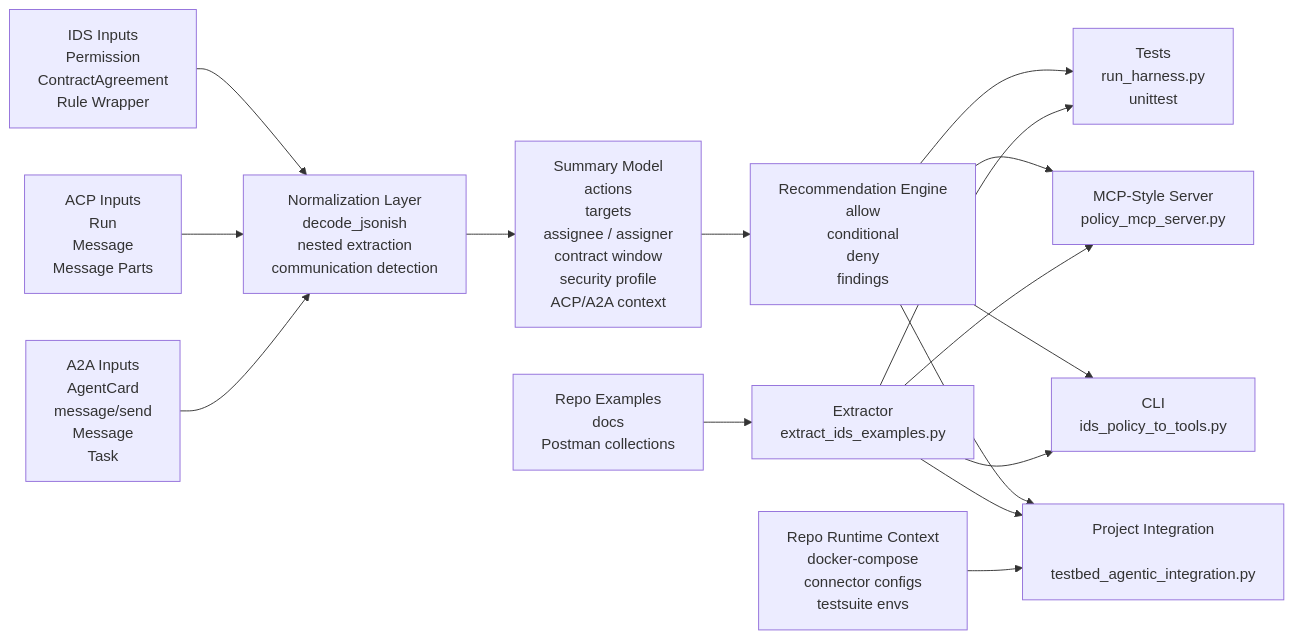
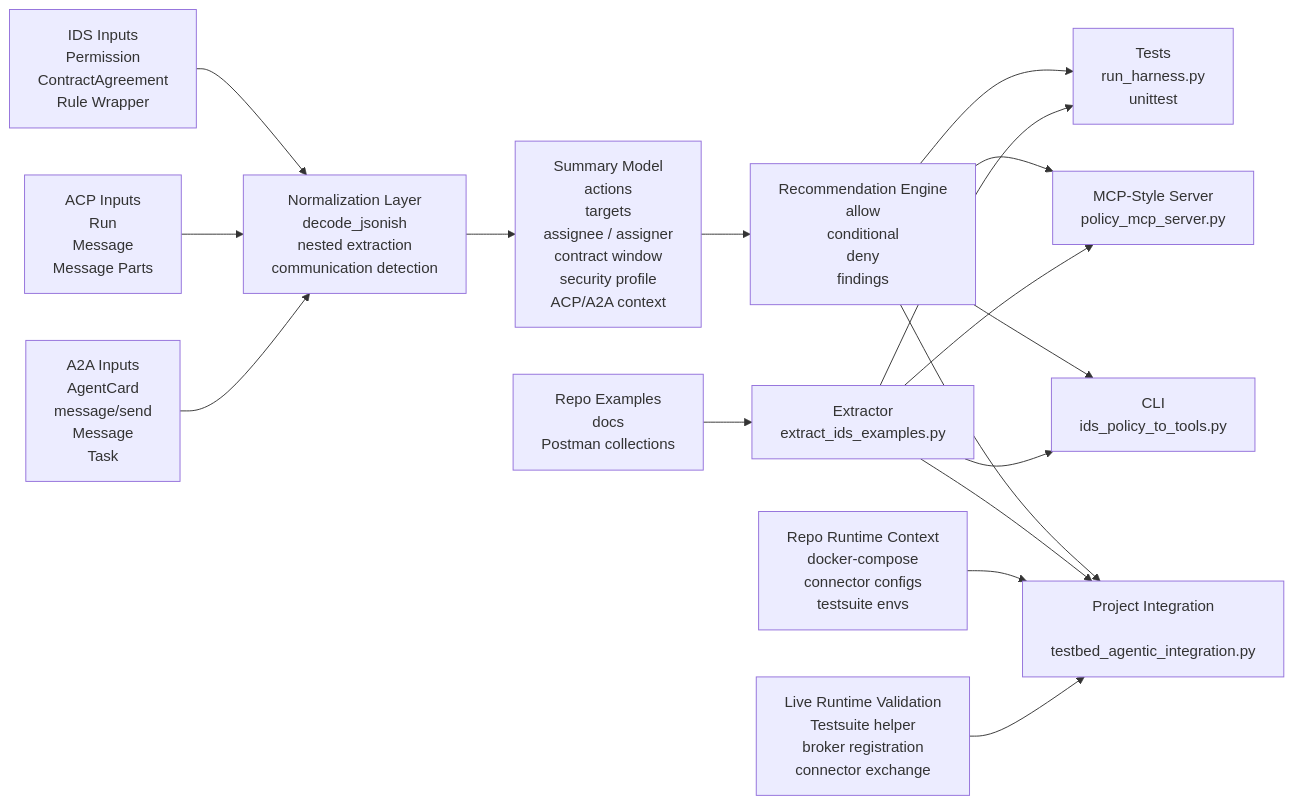
One commit to agentZyber/IDS-agentic-extension changed the first of 5 diagrams in skills/ids-policy-to-tools/references/architecture.md. Above: the diagram before and after it, drawn with Mermaid. The commit also changed other lines of this file and 10 other files, not shown here.

````diff
--- a/skills/ids-policy-to-tools/references/architecture.md
+++ b/skills/ids-policy-to-tools/references/architecture.md
@@ -18,56 +18,60 @@
 ```mermaid
 flowchart LR
     A["IDS Inputs
     Permission
     ContractAgreement
     Rule Wrapper"] --> N["Normalization Layer
     decode_jsonish
     nested extraction
     communication detection"]
     B["ACP Inputs
     Run
     Message
     Message Parts"] --> N
     C["A2A Inputs
     AgentCard
     message/send
     Message
     Task"] --> N
 
     N --> S["Summary Model
     actions
     targets
     assignee / assigner
     contract window
     security profile
     ACP/A2A context"]
 
     S --> R["Recommendation Engine
     allow
     conditional
     deny
     findings"]
 
     R --> CLI["CLI
     ids_policy_to_tools.py"]
     R --> PROJ["Project Integration
     testbed_agentic_integration.py"]
     R --> MCP["MCP-Style Server
     policy_mcp_server.py"]
     R --> TEST["Tests
     run_harness.py
     unittest"]
 
     D["Repo Examples
     docs
     Postman collections"] --> X["Extractor
     extract_ids_examples.py"]
     X --> CLI
     X --> PROJ
     X --> MCP
     X --> TEST
     E["Repo Runtime Context
     docker-compose
     connector configs
     testsuite envs"] --> PROJ
+    F["Live Runtime Validation
+    Testsuite helper
+    broker registration
+    connector exchange"] --> PROJ
 ```
````
